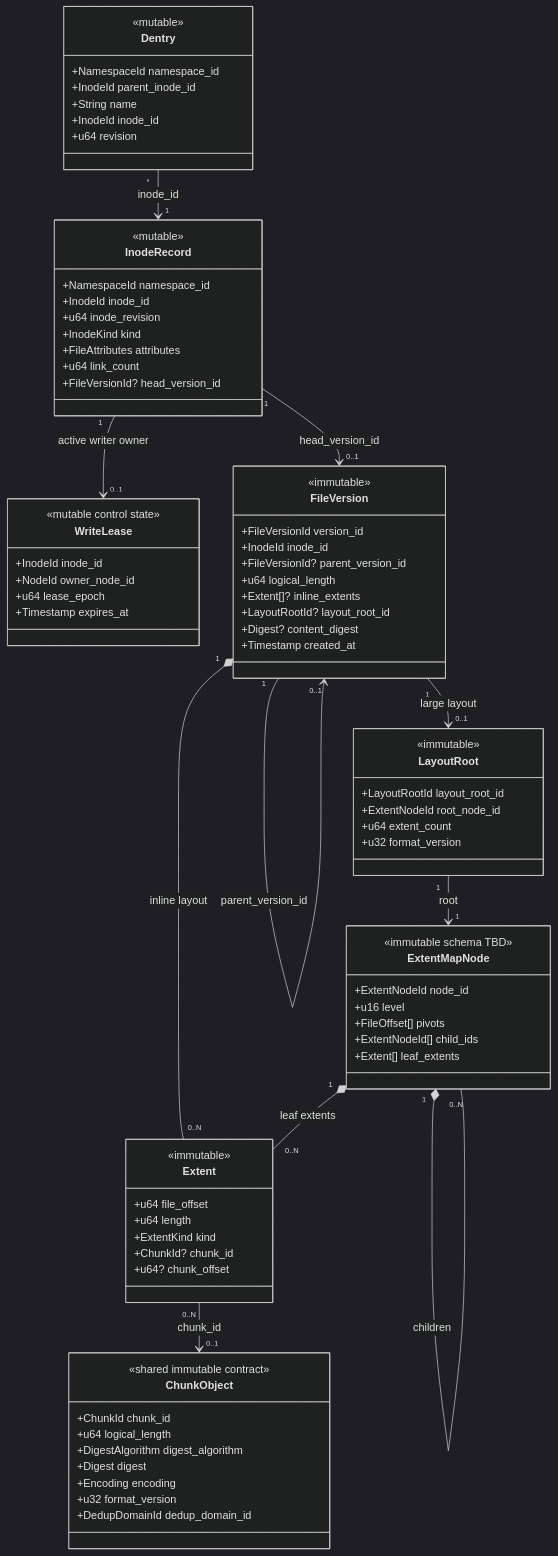
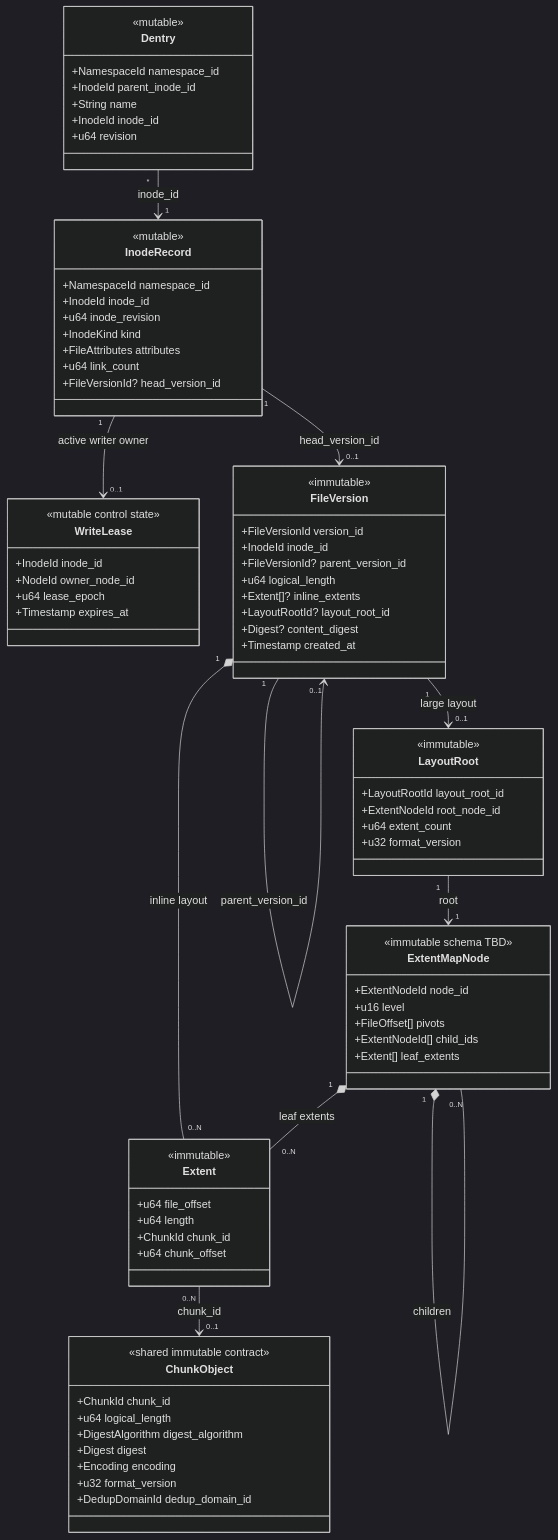
One commit to lelezi257/dms changed the second of 5 diagrams in docs/architecture/01-file-version-chunk-model.md. Above: the diagram before and after it, drawn with Mermaid (dark theme). The commit also changed other lines of this file and 9 other files, not shown here.

```diff
--- a/docs/architecture/01-file-version-chunk-model.md
+++ b/docs/architecture/01-file-version-chunk-model.md
@@ -328,9 +328,8 @@
   <<immutable>>
   +u64 file_offset
   +u64 length
-  +ExtentKind kind
-  +ChunkId? chunk_id
-  +u64? chunk_offset
+  +ChunkId chunk_id
+  +u64 chunk_offset
 }
 
 class ChunkObject {
```
